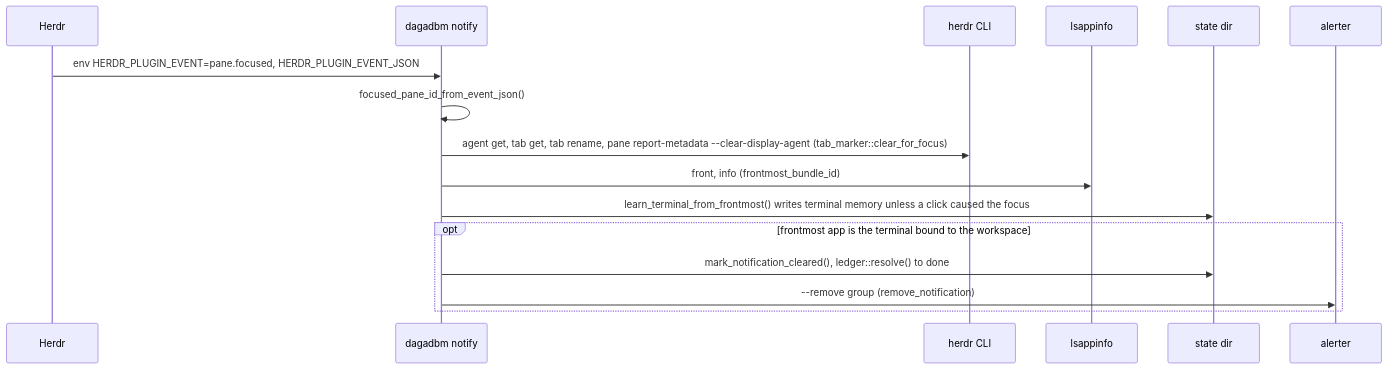
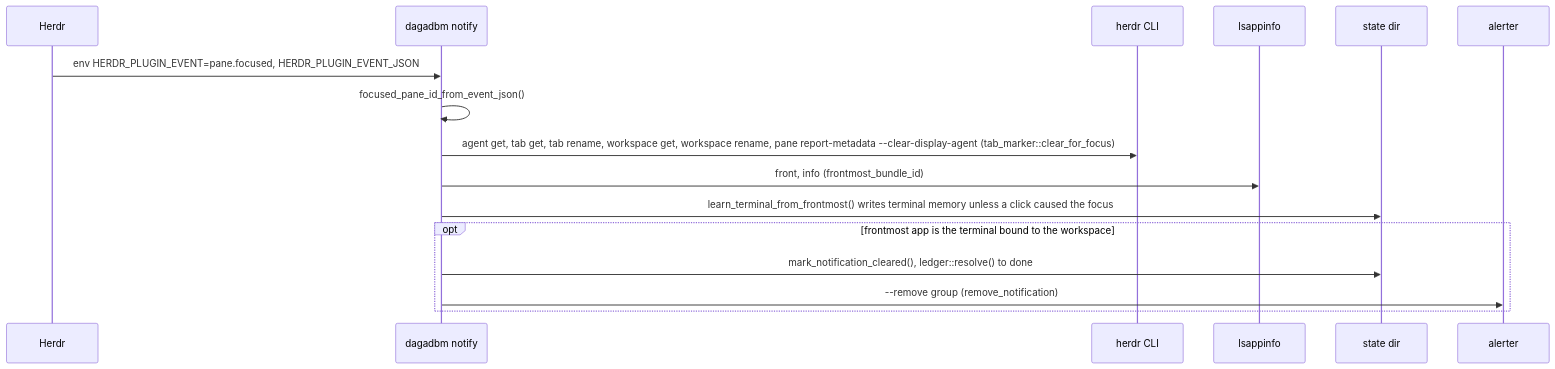
One commit to dagadbm/herdr-dagadbm changed the fifth of 8 diagrams in docs/architecture.md. Above: the diagram before and after it, drawn with Mermaid. The commit also changed other lines of this file and 10 other files, not shown here.

Commit message:
feat(notify): mark the workspace label too and default the marker icon to 🟡

````diff
--- a/docs/architecture.md
+++ b/docs/architecture.md
@@ -287,18 +289,18 @@
 ```mermaid
 sequenceDiagram
     participant H as Herdr
     participant B as dagadbm notify
     participant HC as herdr CLI
     participant L as lsappinfo
     participant S as state dir
     participant A as alerter
     H->>B: env HERDR_PLUGIN_EVENT=pane.focused, HERDR_PLUGIN_EVENT_JSON
     B->>B: focused_pane_id_from_event_json()
-    B->>HC: agent get, tab get, tab rename, pane report-metadata --clear-display-agent (tab_marker::clear_for_focus)
+    B->>HC: agent get, tab get, tab rename, workspace get, workspace rename, pane report-metadata --clear-display-agent (tab_marker::clear_for_focus)
     B->>L: front, info (frontmost_bundle_id)
     B->>S: learn_terminal_from_frontmost() writes terminal memory unless a click caused the focus
     opt frontmost app is the terminal bound to the workspace
         B->>S: mark_notification_cleared(), ledger::resolve() to done
         B->>A: --remove group (remove_notification)
     end
 ```
````
